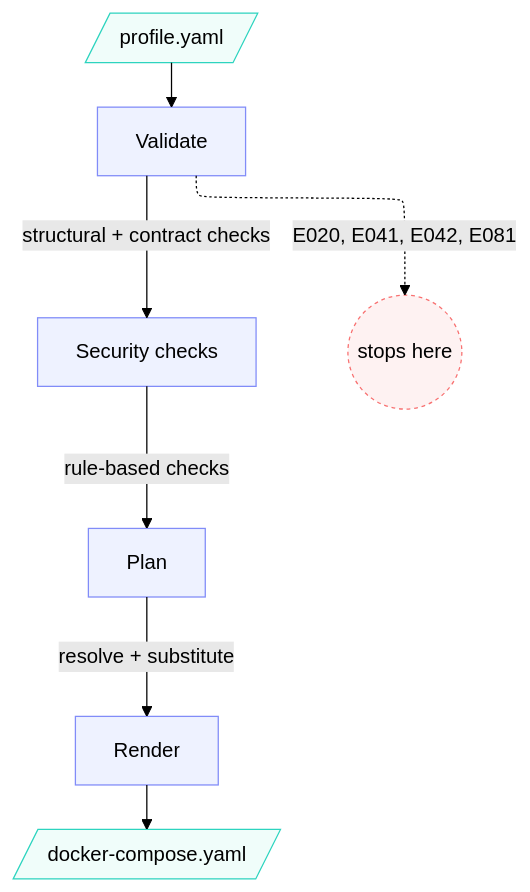
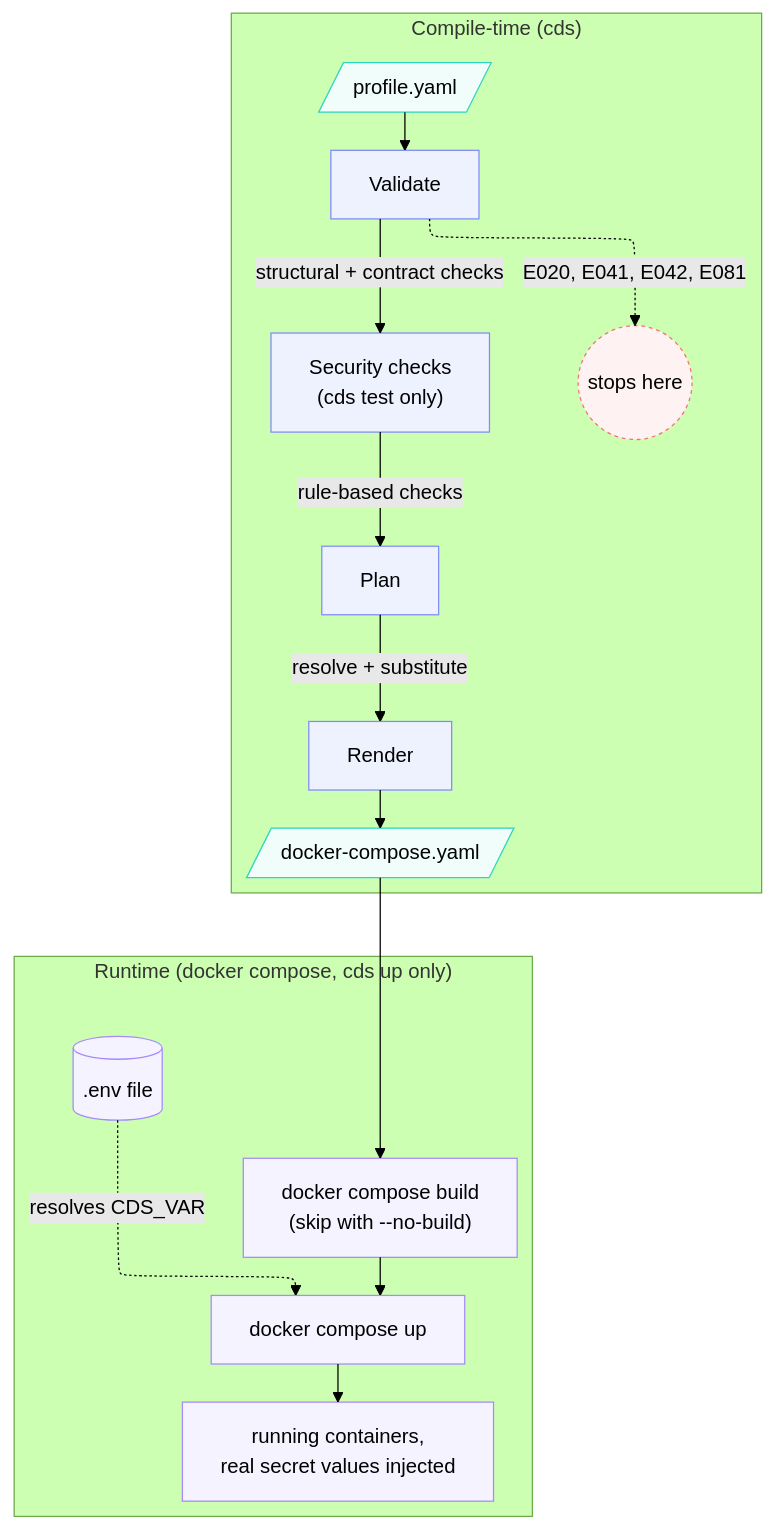
The second of 2 diagrams in README.md (RonaldHensbergen/composable-data-stack), drawn with Mermaid (forest theme) before and after one commit. The commit also changed other lines of this file, not shown here.

Commit message:
docs: add runtime stage to Internal Flow diagram, fix cds up claim

````diff
--- a/README.md
+++ b/README.md
@@ -132,30 +135,49 @@
 ```mermaid
 ---
 config:
   layout: elk
 ---
 flowchart TD
-    Profile[/profile.yaml/]
-    Validate[Validate]
-    Security[Security checks]
-    Plan[Plan]
-    Render[Render]
-    Compose[/docker-compose.yaml/]
-    Stop1((stops here))
+    subgraph compile["Compile-time (cds)"]
+        direction TB
+        Profile[/profile.yaml/]
+        Validate[Validate]
+        Security["Security checks<br/>(cds test only)"]
+        Plan[Plan]
+        Render[Render]
+        Compose[/docker-compose.yaml/]
+        Stop1((stops here))
 
-    Profile --> Validate
-    Validate -->|structural + contract checks| Security
-    Security -->|rule-based checks| Plan
-    Plan -->|resolve + substitute| Render
-    Render --> Compose
+        Profile --> Validate
+        Validate -->|structural + contract checks| Security
+        Security -->|rule-based checks| Plan
+        Plan -->|resolve + substitute| Render
+        Render --> Compose
 
-    Validate -.->|E020, E041, E042, E081| Stop1
+        Validate -.->|E020, E041, E042, E081| Stop1
+    end
+
+    subgraph runtime["Runtime (docker compose, cds up only)"]
+        direction TB
+        Build["docker compose build<br/>(skip with --no-build)"]
+        Up["docker compose up"]
+        Env[(".env file")]
+        Containers["running containers,<br/>real secret values injected"]
+
+        Build --> Up
+        Env -.->|resolves CDS_VAR| Up
+        Up --> Containers
+    end
+
+    Compose --> Build
 
     classDef stage stroke:#818cf8,fill:#eef2ff
     classDef artifact stroke:#2dd4bf,fill:#f0fdfa
     classDef stop stroke:#f87171,fill:#fef2f2,stroke-dasharray: 3 3
+    classDef runtimeNode stroke:#a78bfa,fill:#f5f3ff
 
     class Validate,Security,Plan,Render stage
     class Profile,Compose artifact
     class Stop1 stop
+    class Build,Up,Env,Containers runtimeNode
 ```
````
